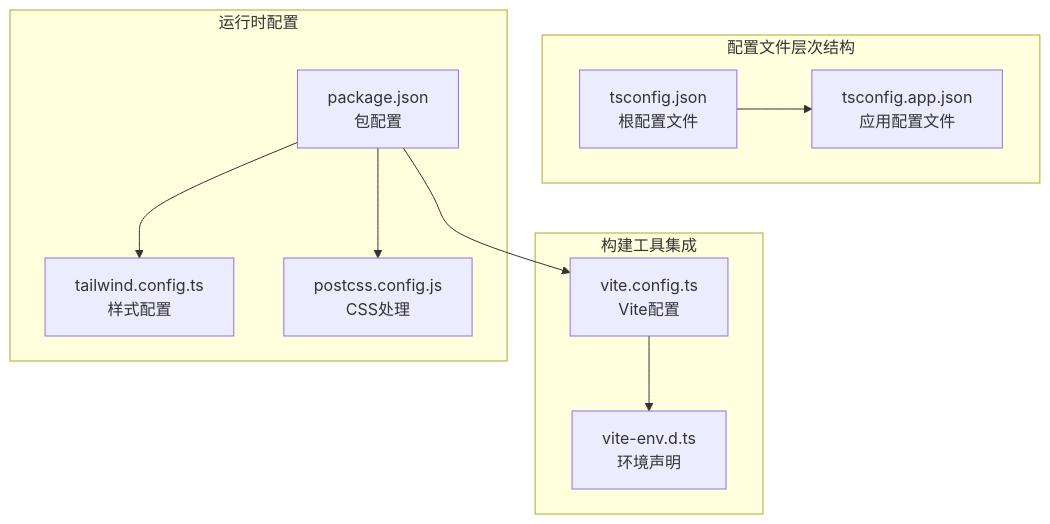
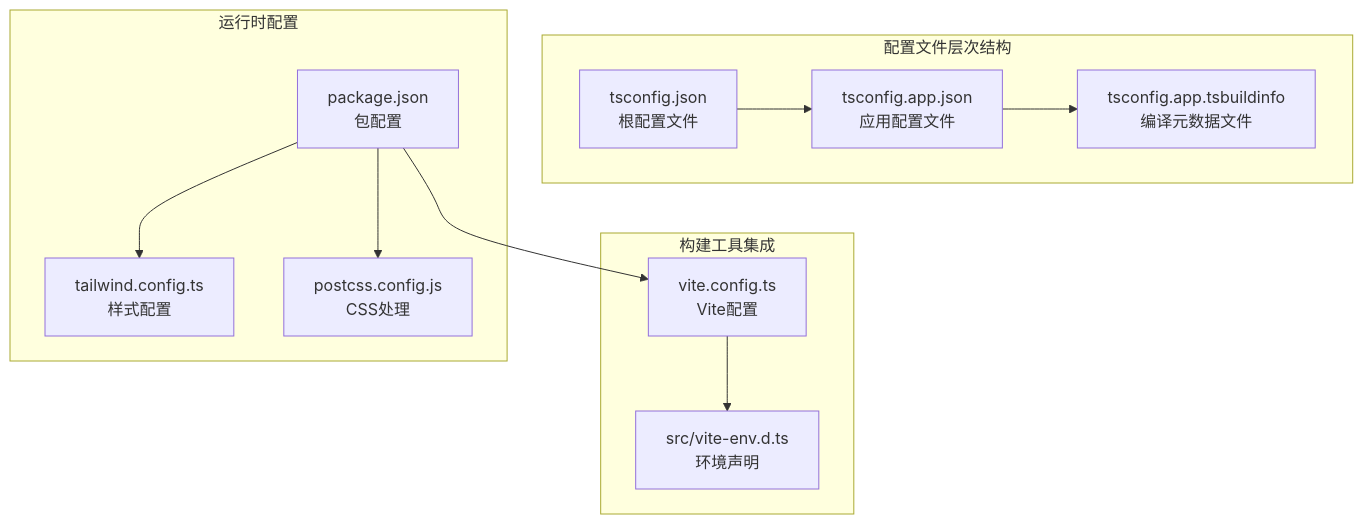
One commit to JadeXusq/qr-generator changed the first of 7 diagrams in .qoder/repowiki/zh/content/配置系统/TypeScript配置.md. Above: the diagram before and after it, drawn with Mermaid. The commit also changed other lines of this file and 9 other files, not shown here.

````diff
--- a/.qoder/repowiki/zh/content/配置系统/TypeScript配置.md
+++ b/.qoder/repowiki/zh/content/配置系统/TypeScript配置.md
@@ -35,21 +45,23 @@
 ```mermaid
 graph TB
 subgraph "配置文件层次结构"
 Root[tsconfig.json<br/>根配置文件]
 App[tsconfig.app.json<br/>应用配置文件]
+BuildInfo[tsconfig.app.tsbuildinfo<br/>编译元数据文件]
 end
 subgraph "构建工具集成"
 Vite[vite.config.ts<br/>Vite配置]
-Env[vite-env.d.ts<br/>环境声明]
+Env[src/vite-env.d.ts<br/>环境声明]
 end
 subgraph "运行时配置"
 Package[package.json<br/>包配置]
 Tailwind[tailwind.config.ts<br/>样式配置]
 PostCSS[postcss.config.js<br/>CSS处理]
 end
 Root --> App
+App --> BuildInfo
 Vite --> Env
 Package --> Vite
 Package --> Tailwind
 Package --> PostCSS
 ```
````
